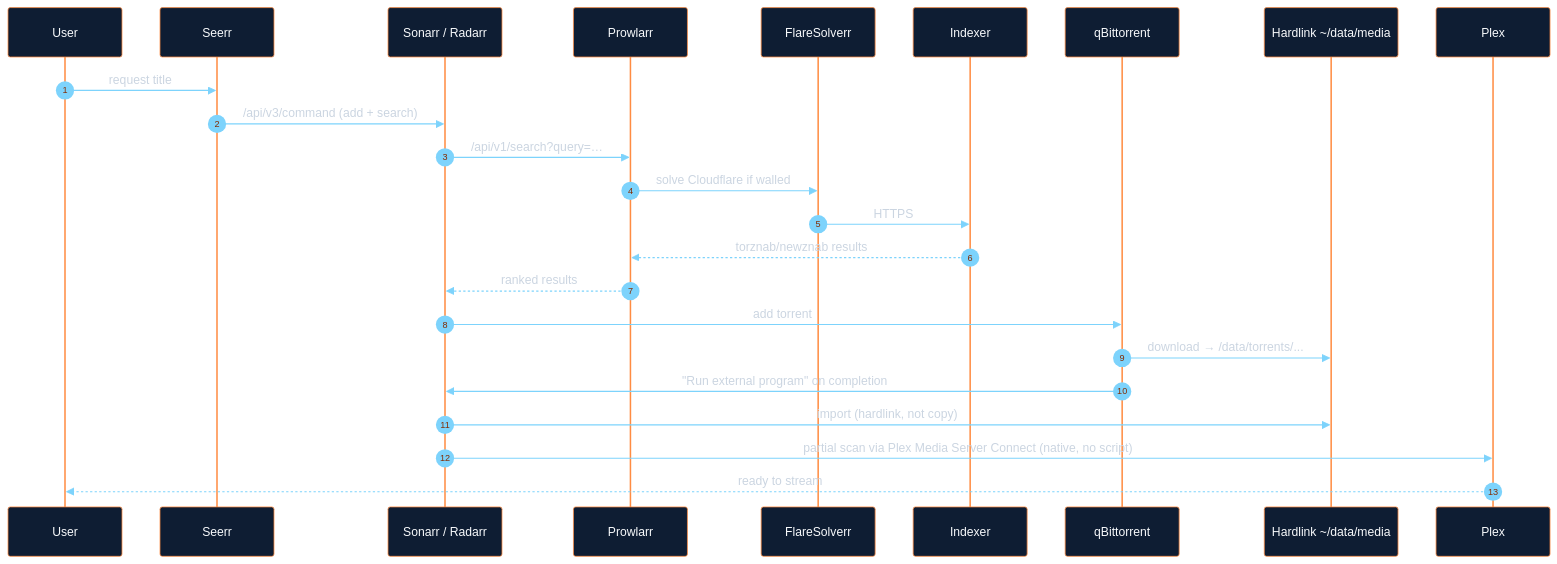
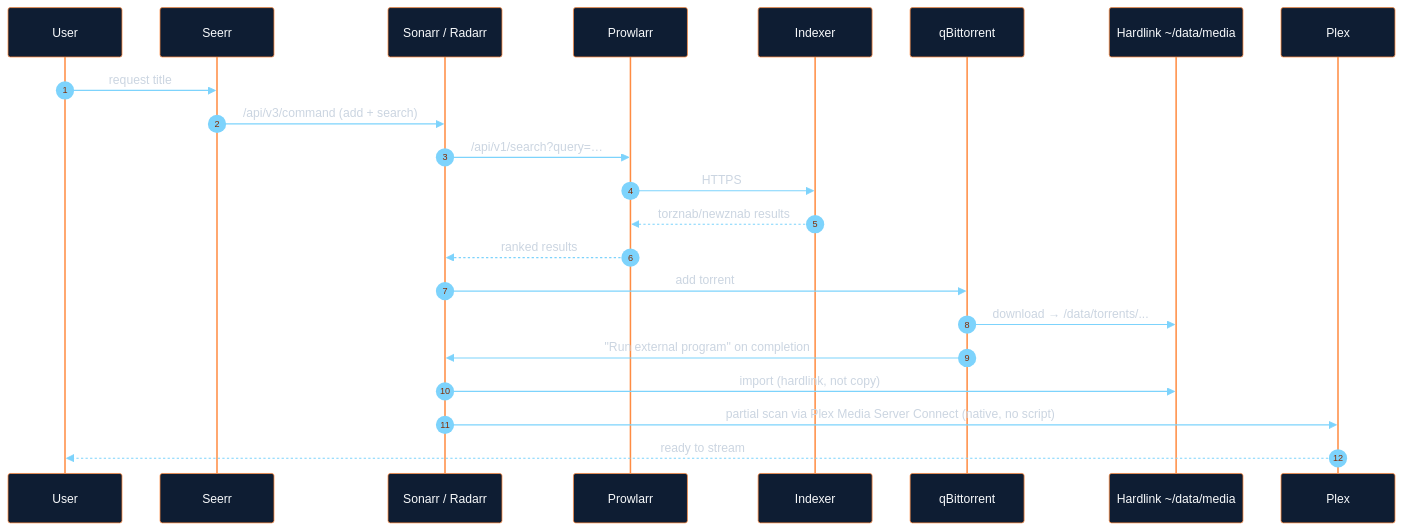
One commit to Quadstronaut/QFlix changed the second of 6 diagrams in README.md. Above: the diagram before and after it, drawn with Mermaid. The commit also changed other lines of this file and 50 other files, not shown here.

First line of the commit message:
QFLX-26 retire FlareSolverr: manifest, monitor path, canary/units, installers, docs (#85)

````diff
--- a/README.md
+++ b/README.md
@@ -119,27 +119,25 @@
 ```mermaid
 %%{init: {'theme':'base','themeVariables':{'primaryColor':'#0e1d33','primaryTextColor':'#f8fafc','primaryBorderColor':'#ff8c42','lineColor':'#7dd3fc','secondaryColor':'#05101f','tertiaryColor':'#0a1628','actorBkg':'#0e1d33','actorBorder':'#ff8c42','actorTextColor':'#f8fafc','signalColor':'#7dd3fc','signalTextColor':'#cbd5e1','labelBoxBkgColor':'#0e1d33','labelTextColor':'#d4af37','noteBkgColor':'#05101f','noteTextColor':'#cbd5e1'}}}%%
 sequenceDiagram
   autonumber
   participant U as User
   participant J as Seerr
   participant S as Sonarr / Radarr
   participant P as Prowlarr
-  participant F as FlareSolverr
   participant I as Indexer
   participant Q as qBittorrent
   participant FS as Hardlink ~/data/media
   participant PX as Plex
   U->>J: request title
   J->>S: /api/v3/command (add + search)
   S->>P: /api/v1/search?query=…
-  P->>F: solve Cloudflare if walled
-  F->>I: HTTPS
+  P->>I: HTTPS
   I-->>P: torznab/newznab results
   P-->>S: ranked results
   S->>Q: add torrent
   Q->>FS: download → /data/torrents/...
   Q->>S: "Run external program" on completion
   S->>FS: import (hardlink, not copy)
   S->>PX: partial scan via Plex Media Server Connect (native, no script)
   PX-->>U: ready to stream
 ```
````
